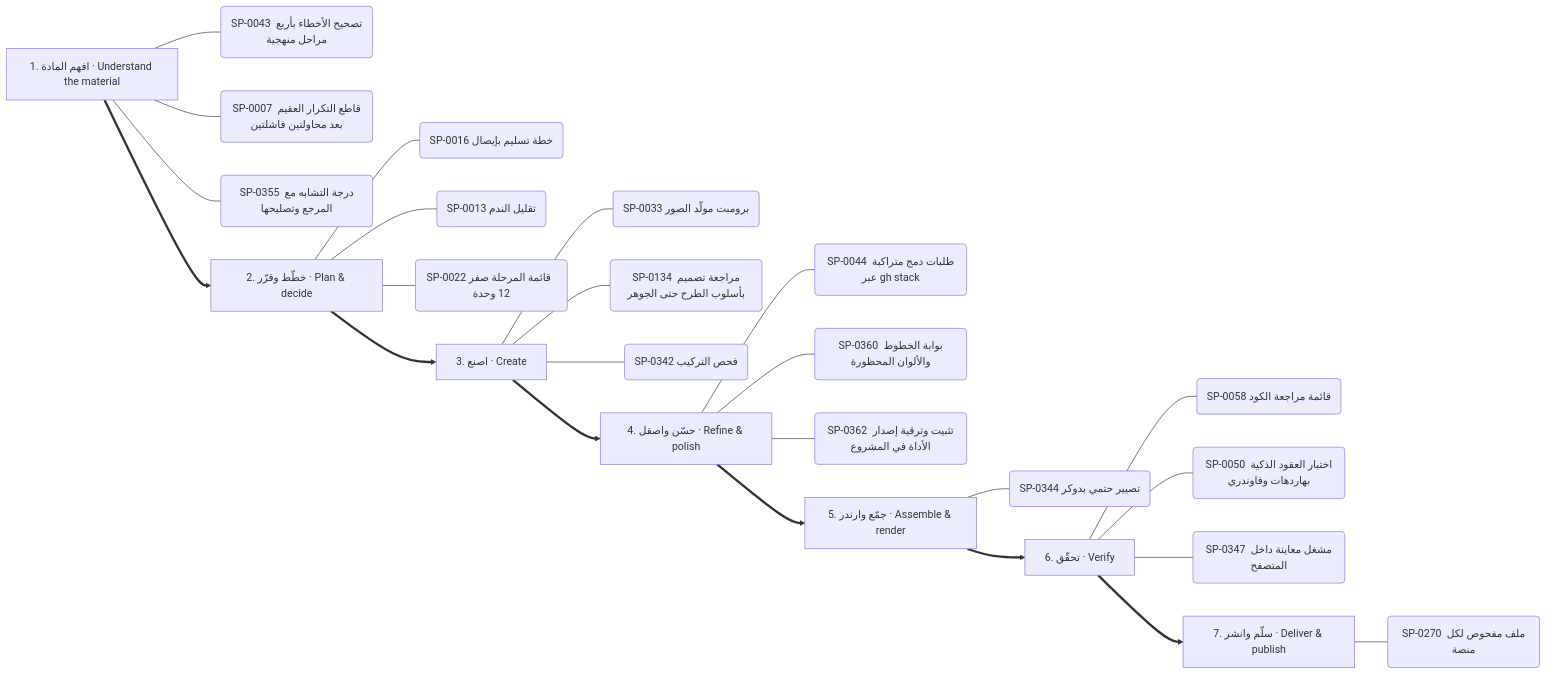
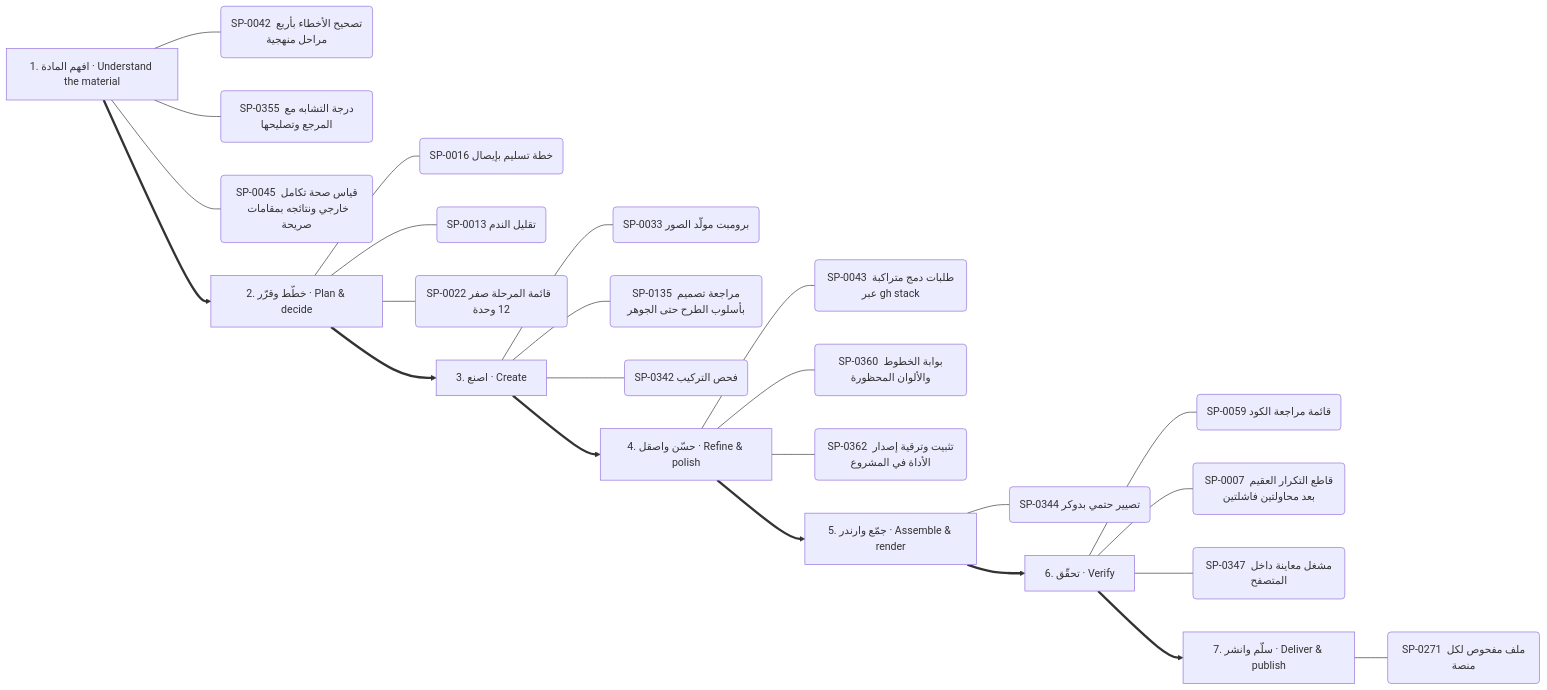
Before and after one commit to kosif199022-jpg/kosif-tool: the tenth of 13 diagrams in .claude/skills/kosif-superpowers/references/capability-mindmap.md, drawn with Mermaid. The commit also changed other lines of this file and 51 other files, not shown here.

````diff
--- a/.claude/skills/kosif-superpowers/references/capability-mindmap.md
+++ b/.claude/skills/kosif-superpowers/references/capability-mindmap.md
@@ -500,33 +500,33 @@
 ```mermaid
 flowchart LR
   S0["1. افهم المادة · Understand the material"]
-  S0 --- S0_0("SP-0043 تصحيح الأخطاء بأربع مراحل منهجية")
-  S0 --- S0_1("SP-0007 قاطع التكرار العقيم بعد محاولتين فاشلتين")
-  S0 --- S0_2("SP-0355 درجة التشابه مع المرجع وتصليحها")
+  S0 --- S0_0("SP-0042 تصحيح الأخطاء بأربع مراحل منهجية")
+  S0 --- S0_1("SP-0355 درجة التشابه مع المرجع وتصليحها")
+  S0 --- S0_2("SP-0045 قياس صحة تكامل خارجي ونتائجه بمقامات صريحة")
   S1["2. خطّط وقرّر · Plan & decide"]
   S1 --- S1_0("SP-0016 خطة تسليم بإيصال")
   S1 --- S1_1("SP-0013 تقليل الندم")
   S1 --- S1_2("SP-0022 قائمة المرحلة صفر  12 وحدة ")
   S0 ==> S1
   S2["3. اصنع · Create"]
   S2 --- S2_0("SP-0033 برومبت مولّد الصور")
-  S2 --- S2_1("SP-0134 مراجعة تصميم بأسلوب الطرح حتى الجوهر")
+  S2 --- S2_1("SP-0135 مراجعة تصميم بأسلوب الطرح حتى الجوهر")
   S2 --- S2_2("SP-0342 فحص التركيب")
   S1 ==> S2
   S3["4. حسّن واصقل · Refine & polish"]
-  S3 --- S3_0("SP-0044 طلبات دمج متراكبة عبر gh stack")
+  S3 --- S3_0("SP-0043 طلبات دمج متراكبة عبر gh stack")
   S3 --- S3_1("SP-0360 بوابة الخطوط والألوان المحظورة")
   S3 --- S3_2("SP-0362 تثبيت وترقية إصدار الأداة في المشروع")
   S2 ==> S3
   S4["5. جمّع وارندر · Assemble & render"]
   S4 --- S4_0("SP-0344 تصيير حتمي بدوكر")
   S3 ==> S4
   S5["6. تحقّق · Verify"]
-  S5 --- S5_0("SP-0058 قائمة مراجعة الكود")
-  S5 --- S5_1("SP-0050 اختبار العقود الذكية بهاردهات وفاوندري")
+  S5 --- S5_0("SP-0059 قائمة مراجعة الكود")
+  S5 --- S5_1("SP-0007 قاطع التكرار العقيم بعد محاولتين فاشلتين")
   S5 --- S5_2("SP-0347 مشغل معاينة داخل المتصفح")
   S4 ==> S5
   S6["7. سلّم وانشر · Deliver & publish"]
-  S6 --- S6_0("SP-0270 ملف مفحوص لكل منصة")
+  S6 --- S6_0("SP-0271 ملف مفحوص لكل منصة")
   S5 ==> S6
 ```
````
